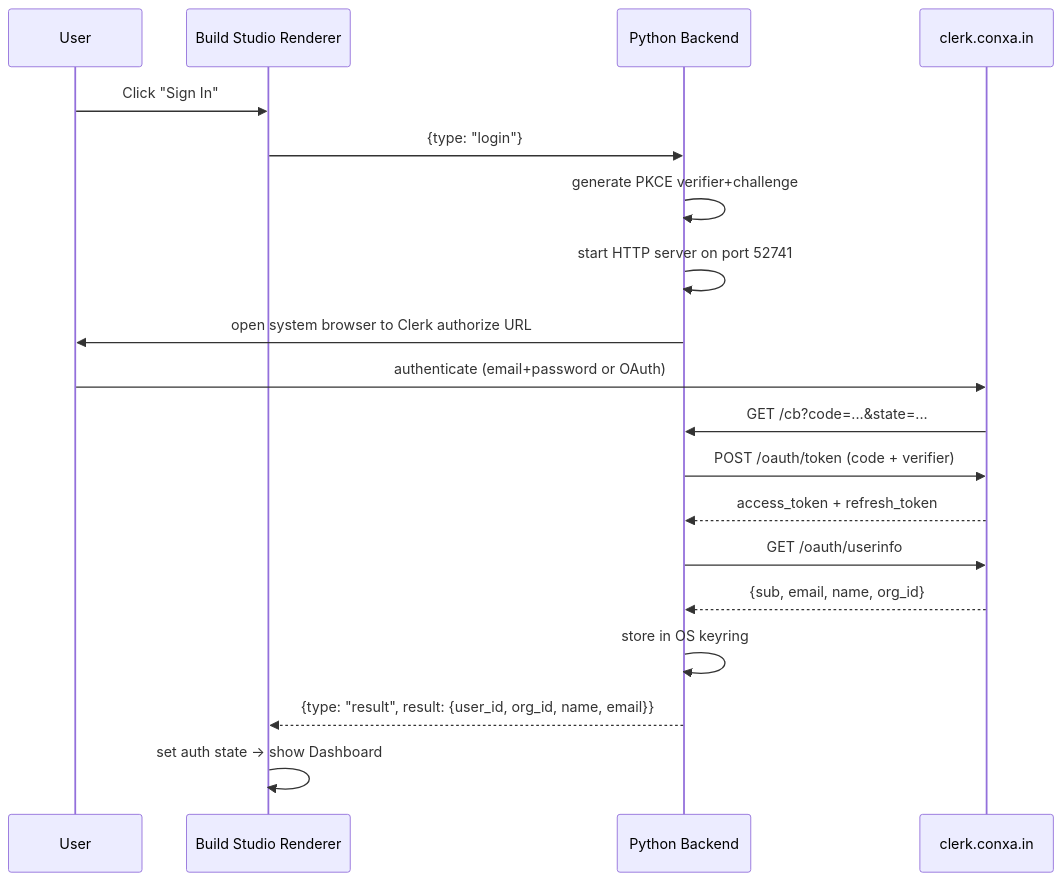
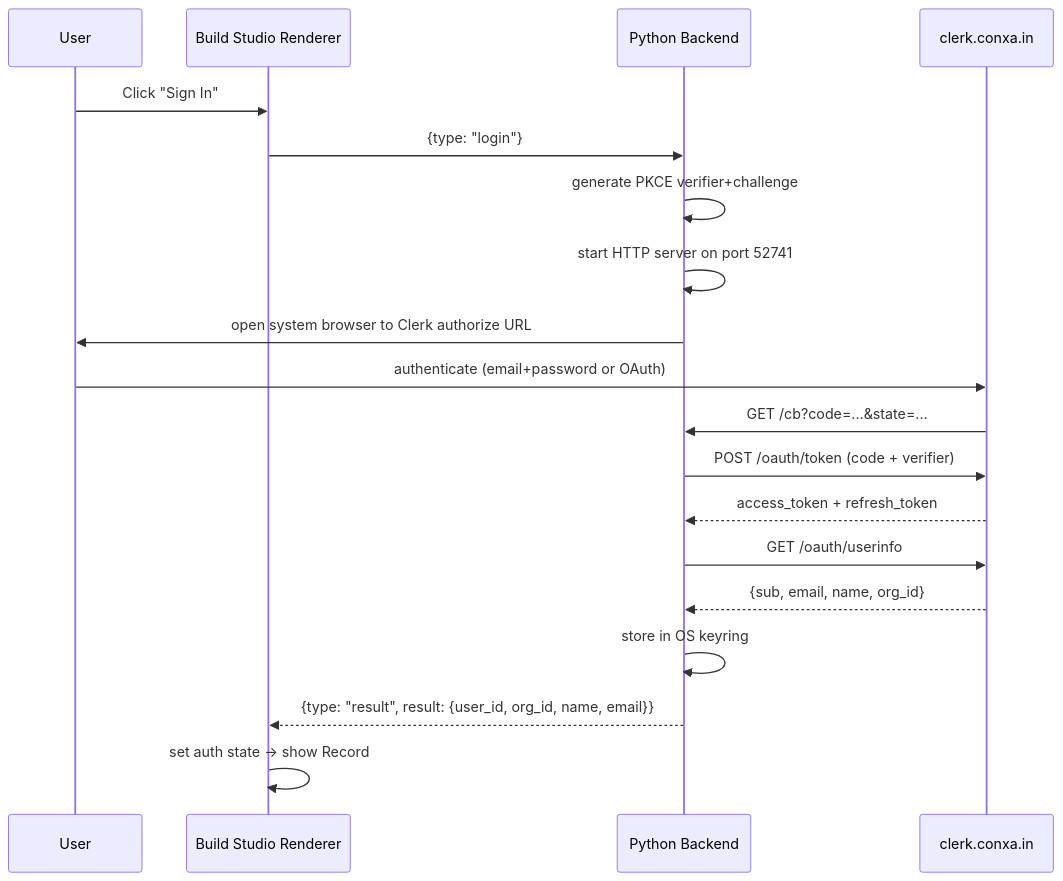
Before and after one commit to Cannonbold2412/CONXA: the second of 17 diagrams in docs/App-Flow.md, drawn with Mermaid. The commit also changed other lines of this file and 5 other files, not shown here.

````diff
--- a/docs/App-Flow.md
+++ b/docs/App-Flow.md
@@ -70,22 +71,22 @@
 ```mermaid
 sequenceDiagram
     participant User
     participant Renderer as Build Studio Renderer
     participant Backend as Python Backend
     participant Clerk as clerk.conxa.in
 
     User->>Renderer: Click "Sign In"
     Renderer->>Backend: {type: "login"}
     Backend->>Backend: generate PKCE verifier+challenge
     Backend->>Backend: start HTTP server on port 52741
     Backend->>User: open system browser to Clerk authorize URL
     User->>Clerk: authenticate (email+password or OAuth)
     Clerk->>Backend: GET /cb?code=...&state=...
     Backend->>Clerk: POST /oauth/token (code + verifier)
     Clerk-->>Backend: access_token + refresh_token
     Backend->>Clerk: GET /oauth/userinfo
     Clerk-->>Backend: {sub, email, name, org_id}
     Backend->>Backend: store in OS keyring
     Backend-->>Renderer: {type: "result", result: {user_id, org_id, name, email}}
-    Renderer->>Renderer: set auth state → show Dashboard
+    Renderer->>Renderer: set auth state → show Record
 ```
````
